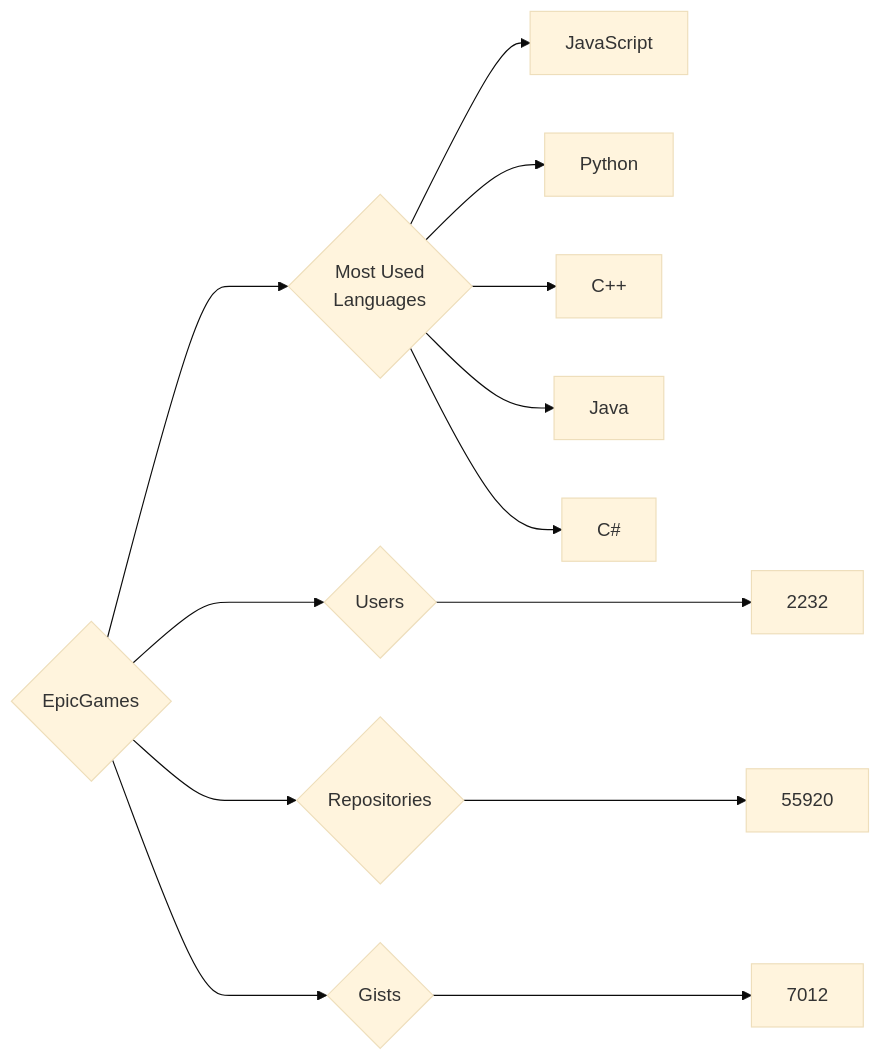
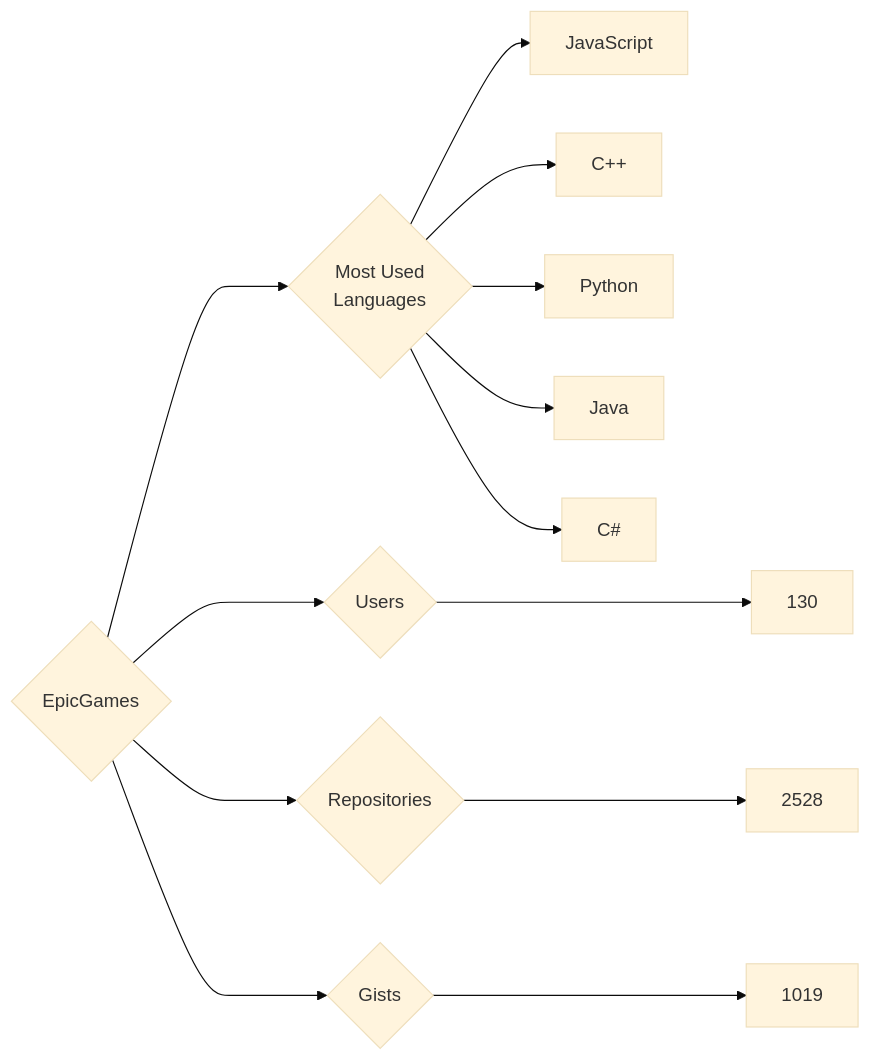
The diagram in targets/EpicGames/README.md (trickest/insiders), drawn with Mermaid (base theme) before and after one commit. The commit also changed 799 other files, not shown here.

````diff
--- a/targets/EpicGames/README.md
+++ b/targets/EpicGames/README.md
@@ -3,13 +3,13 @@
 ```mermaid
 graph LR
 COMPANY_NAME{EpicGames}
-COMPANY_NAME ---> U{Users} ---> UN[2232]
-COMPANY_NAME ---> R{Repositories} ---> RN[55920]
-COMPANY_NAME ---> G{Gists} ---> GN[7012]
+COMPANY_NAME ---> U{Users} ---> UN[130]
+COMPANY_NAME ---> R{Repositories} ---> RN[2528]
+COMPANY_NAME ---> G{Gists} ---> GN[1019]
 COMPANY_NAME ---> ML{Most Used<br>Languages}
 ML --> JavaScript[JavaScript]
+ML --> C++[C++]
 ML --> Python[Python]
-ML --> C++[C++]
 ML --> Java[Java]
 ML --> C#[C#]
 ```
````
